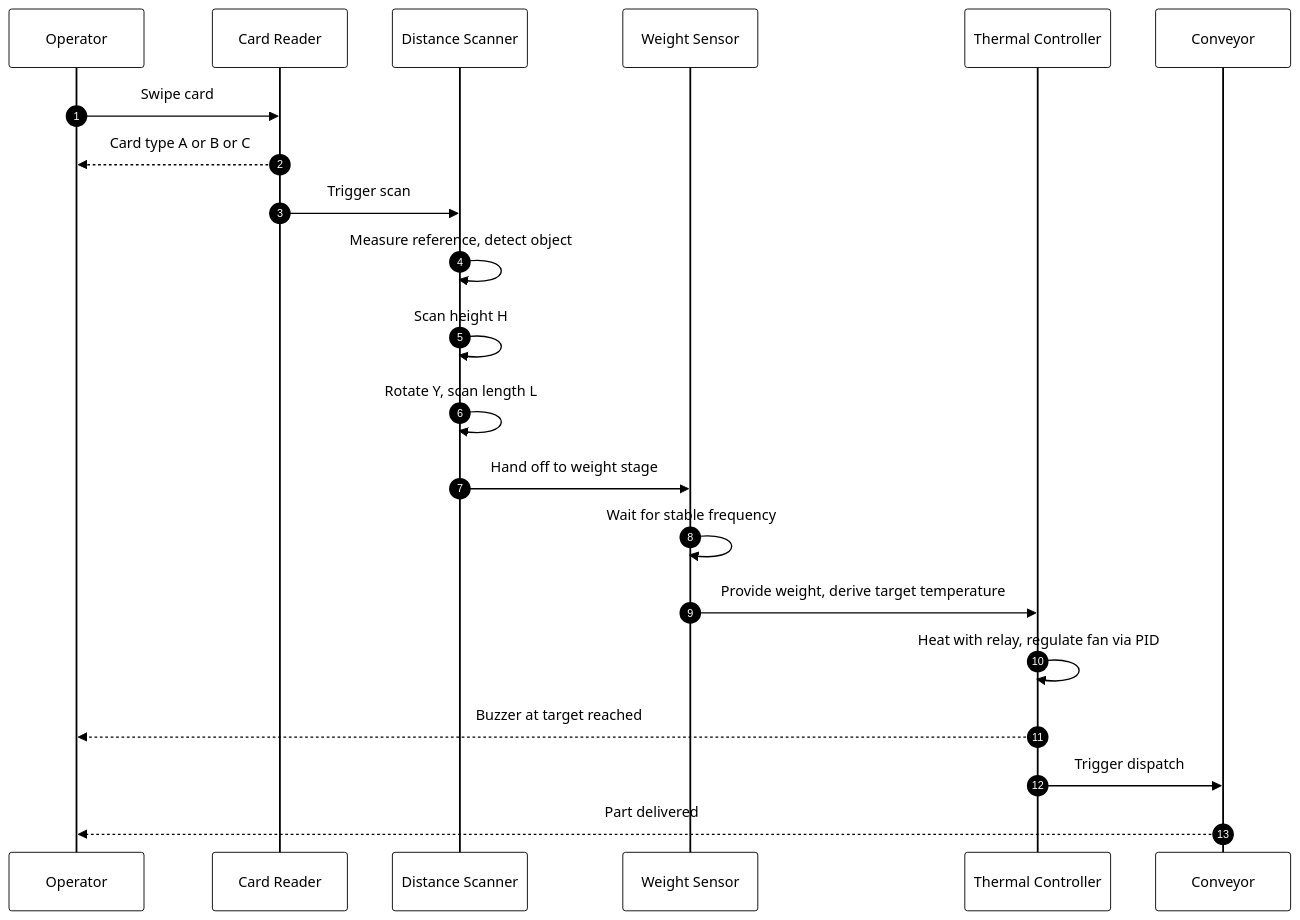
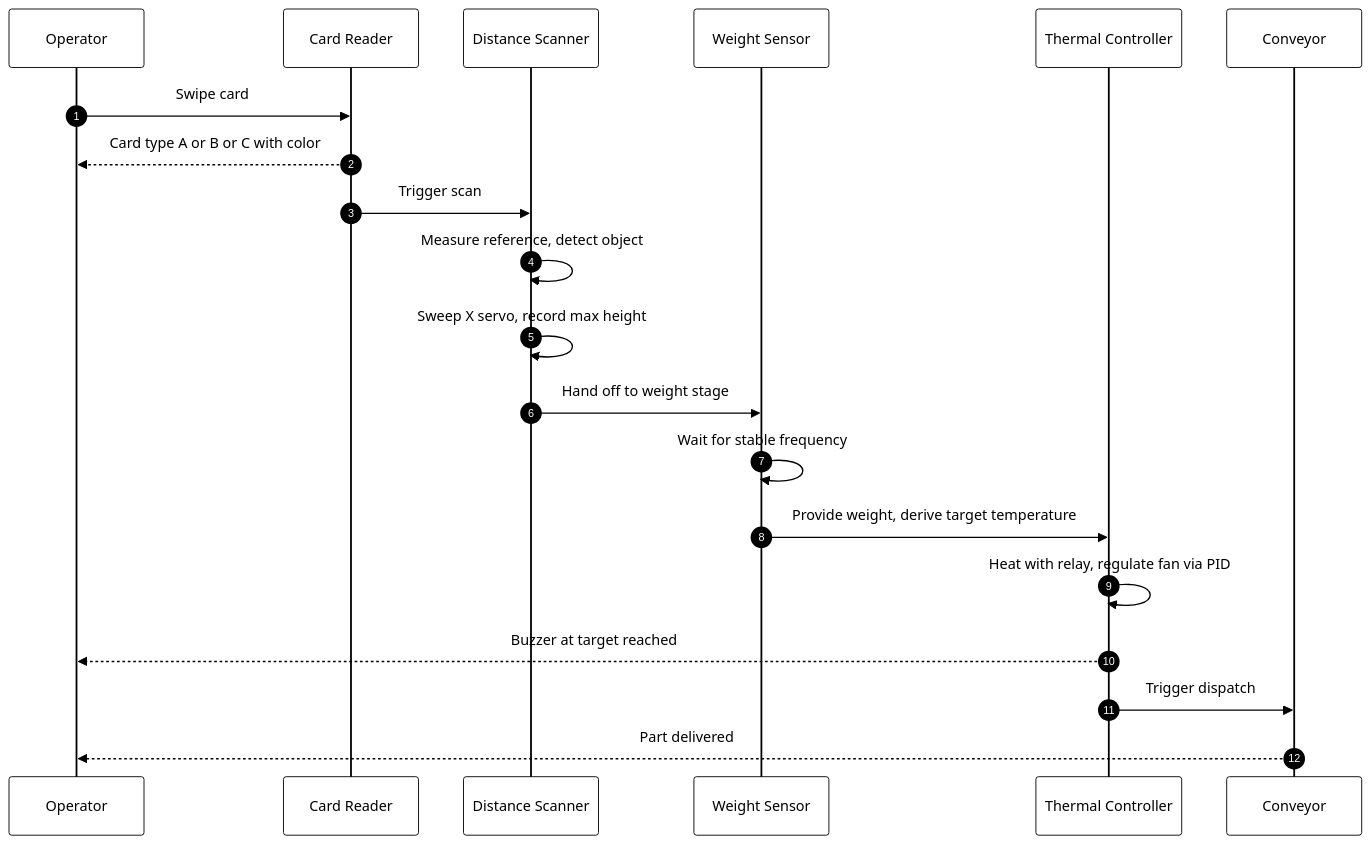
Before and after one commit to Teera235/INC-MINI-project: the third of 4 diagrams in README.md, drawn with Mermaid. The commit also changed other lines of this file and 2 other files, not shown here.

Commit message:
Integrate updated card reader, height-only scan, and step-pattern conveyor

````diff
--- a/README.md
+++ b/README.md
@@ -121,25 +121,24 @@
 ```mermaid
 %%{init: {'theme':'base','themeVariables':{'primaryColor':'#ffffff','primaryBorderColor':'#000000','primaryTextColor':'#000000','lineColor':'#000000','secondaryColor':'#f5f5f5','clusterBkg':'#fafafa','clusterBorder':'#000000'}}}%%
 sequenceDiagram
     autonumber
     participant U as Operator
     participant CR as Card Reader
     participant DS as Distance Scanner
     participant WS as Weight Sensor
     participant TC as Thermal Controller
     participant CV as Conveyor
 
     U->>CR: Swipe card
-    CR-->>U: Card type A or B or C
+    CR-->>U: Card type A or B or C with color
     CR->>DS: Trigger scan
     DS->>DS: Measure reference, detect object
-    DS->>DS: Scan height H
-    DS->>DS: Rotate Y, scan length L
+    DS->>DS: Sweep X servo, record max height
     DS->>WS: Hand off to weight stage
     WS->>WS: Wait for stable frequency
     WS->>TC: Provide weight, derive target temperature
     TC->>TC: Heat with relay, regulate fan via PID
     TC-->>U: Buzzer at target reached
     TC->>CV: Trigger dispatch
     CV-->>U: Part delivered
 ```
````
